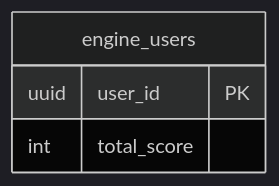
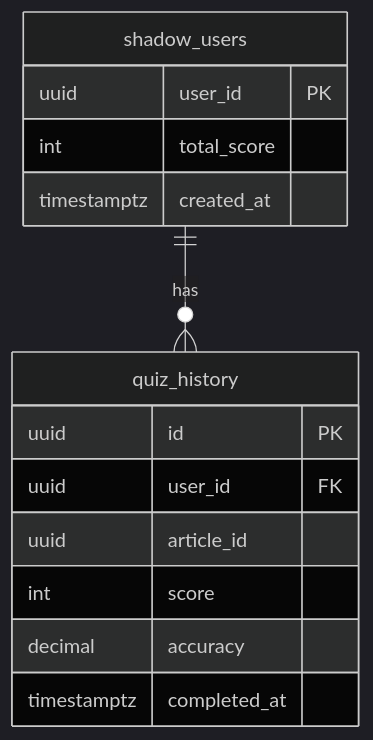
Before and after one commit to advprog-2026-A14-project/yomu-backend-rust: the sixth of 15 diagrams in ARCHITECTURE.md, drawn with Mermaid (dark theme). The commit also changed other lines of this file and 1 other file, not shown here.

Commit message:
docs: update ARCHITECTURE.md and README.md with user_sync module details

````diff
--- a/ARCHITECTURE.md
+++ b/ARCHITECTURE.md
@@ -883,7 +892,17 @@
 ```mermaid
 erDiagram
-    engine_users {
+    shadow_users ||--o{ quiz_history : "has"
+    shadow_users {
         uuid user_id PK
         int total_score
+        timestamptz created_at
+    }
+    quiz_history {
+        uuid id PK
+        uuid user_id FK
+        uuid article_id
+        int score
+        decimal accuracy
+        timestamptz completed_at
     }
 ```
````
